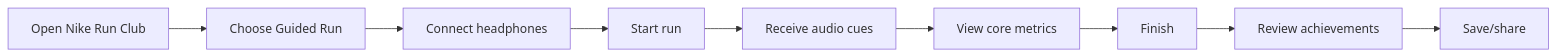
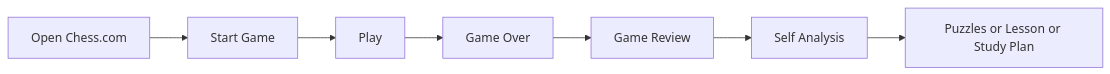
One commit to jerrylemin/PA1-TKGD changed the second of 2 diagrams in sources/GroupID-PA1-ProductResearch.md. Above: the diagram before and after it, drawn with Mermaid. The commit also changed other lines of this file and 134 other files, not shown here.

````diff
--- a/sources/GroupID-PA1-ProductResearch.md
+++ b/sources/GroupID-PA1-ProductResearch.md
@@ -160,4 +553,9 @@
 ```mermaid
 flowchart LR
-A[Open Nike Run Club] --> B[Choose Guided Run] --> C[Connect headphones] --> D[Start run] --> E[Receive audio cues] --> F[View core metrics] --> G[Finish] --> H[Review achievements] --> I[Save/share]
+A[Open Chess.com] --> B[Start Game]
+B --> C[Play]
+C --> D[Game Over]
+D --> E[Game Review]
+E --> F[Self Analysis]
+F --> G[Puzzles or Lesson or Study Plan]
 ```
````
